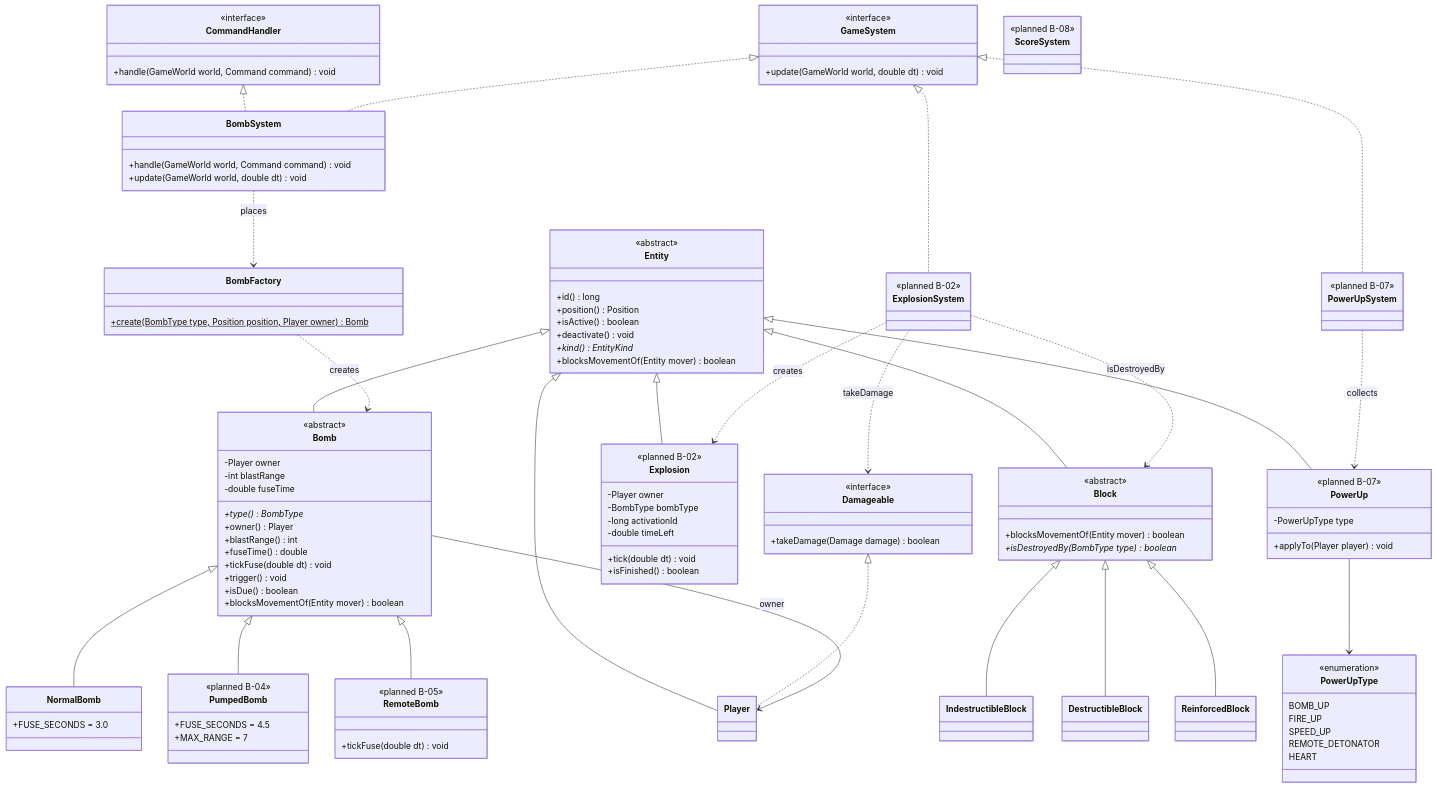
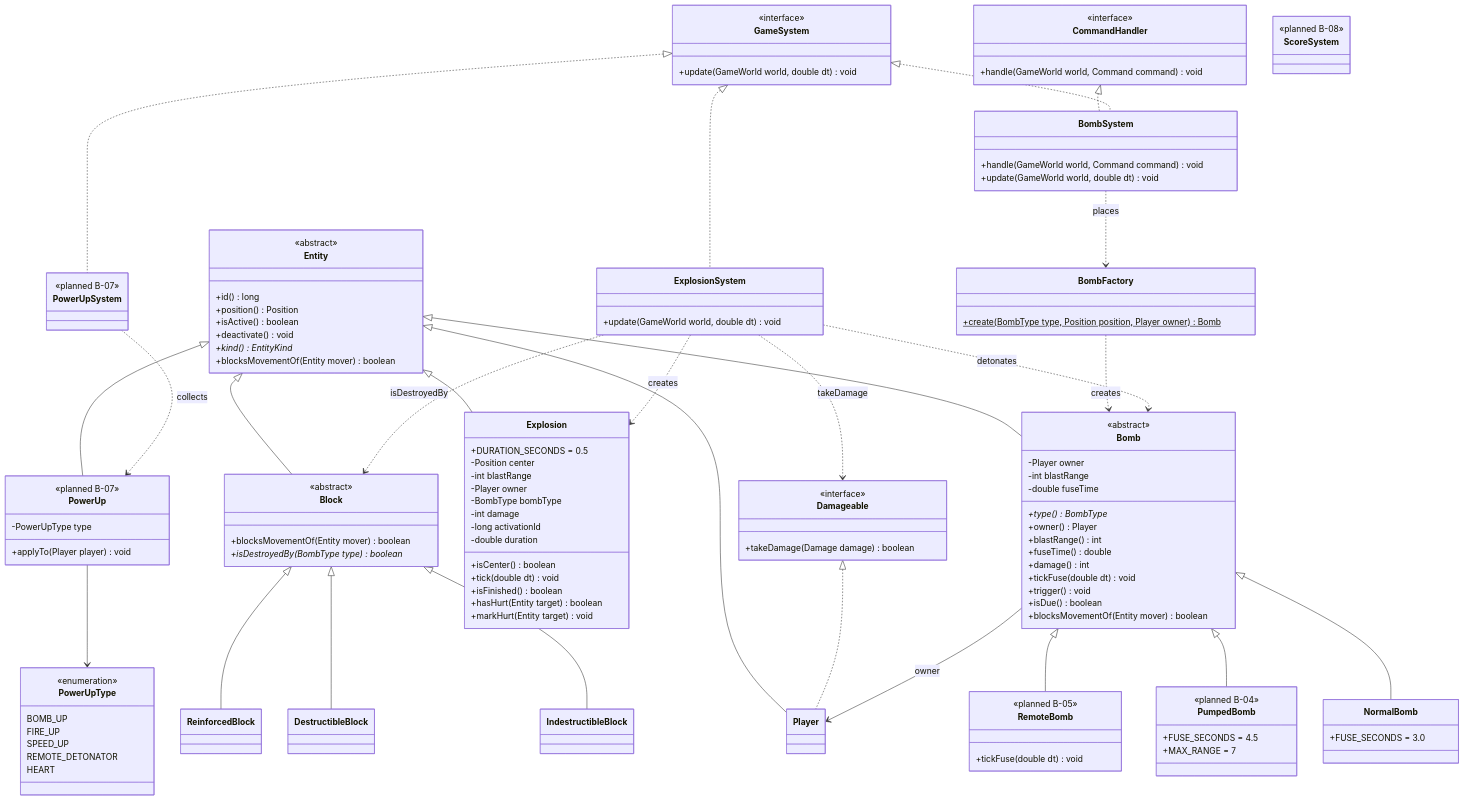
The diagram in docs/class-diagram-marshall.md (lauvvy/nangor-blast), drawn with Mermaid before and after one commit. The commit also changed 2 other files, not shown here.

Commit message:
docs(B-02): update task status, activity log, and class diagram

```diff
--- a/docs/class-diagram-marshall.md
+++ b/docs/class-diagram-marshall.md
@@ -41,6 +41,7 @@
         +owner() Player
         +blastRange() int
         +fuseTime() double
+        +damage() int
         +tickFuse(double dt) void
         +trigger() void
         +isDue() boolean
@@ -64,13 +65,19 @@
 
     %% model/explosion
     class Explosion {
-        <<planned B-02>>
+        +DURATION_SECONDS = 0.5
+        -Position center
+        -int blastRange
         -Player owner
         -BombType bombType
+        -int damage
         -long activationId
-        -double timeLeft
+        -double duration
+        +isCenter() boolean
         +tick(double dt) void
         +isFinished() boolean
+        +hasHurt(Entity target) boolean
+        +markHurt(Entity target) void
     }
 
     %% model/block
@@ -104,7 +111,7 @@
         +update(GameWorld world, double dt) void
     }
     class ExplosionSystem {
-        <<planned B-02>>
+        +update(GameWorld world, double dt) void
     }
     class PowerUpSystem {
         <<planned B-07>>
@@ -135,6 +142,7 @@
     GameSystem <|.. ExplosionSystem
     GameSystem <|.. PowerUpSystem
     BombSystem ..> BombFactory : places
+    ExplosionSystem ..> Bomb : detonates
     ExplosionSystem ..> Explosion : creates
     ExplosionSystem ..> Block : isDestroyedBy
     ExplosionSystem ..> Damageable : takeDamage
```
